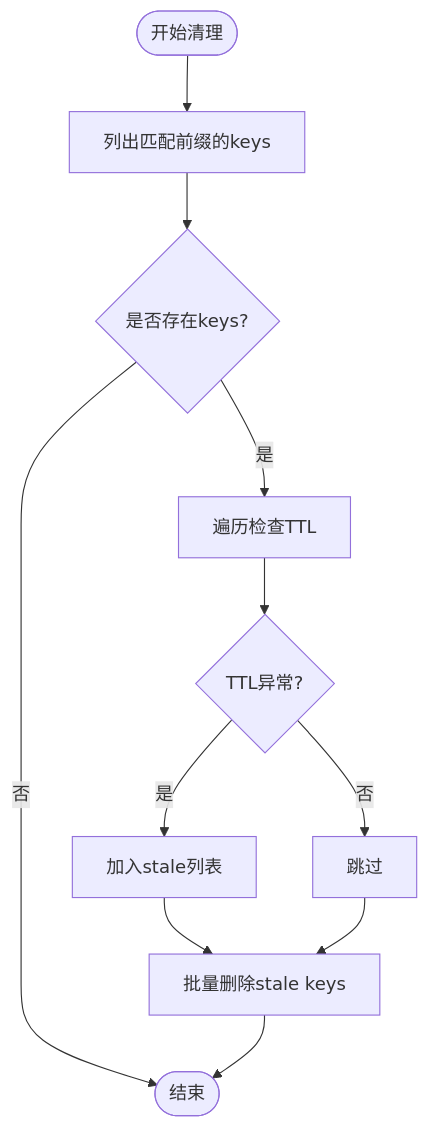
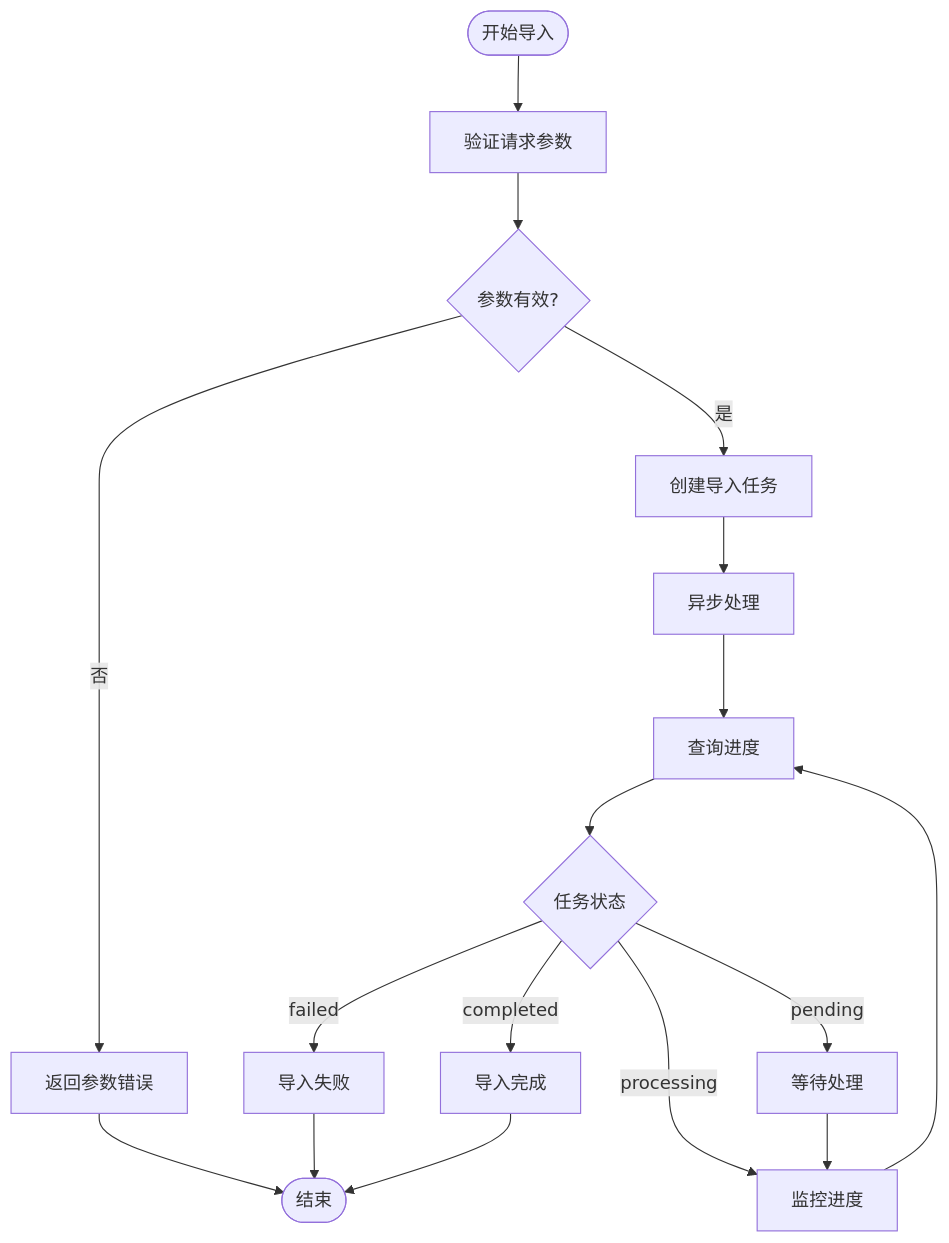
One commit to shiyukonghui/WeKnora changed the first of 2 diagrams in .qoder/repowiki/zh/content/故障排除与FAQ.md. Above: the diagram before and after it, drawn with Mermaid. The commit also changed other lines of this file and 2 other files, not shown here.

````diff
--- a/.qoder/repowiki/zh/content/故障排除与FAQ.md
+++ b/.qoder/repowiki/zh/content/故障排除与FAQ.md
@@ -265,13 +63,19 @@
 ```mermaid
 flowchart TD
-Start(["开始清理"]) --> ListKeys["列出匹配前缀的keys"]
-ListKeys --> Any{"是否存在keys?"}
-Any --> |否| Done(["结束"])
-Any --> |是| TTL["遍历检查TTL"]
-TTL --> Mark{"TTL异常?"}
-Mark --> |是| Stale["加入stale列表"]
-Mark --> |否| Skip["跳过"]
-Stale --> Delete["批量删除stale keys"]
-Skip --> Delete
-Delete --> Done
+Start(["开始导入"]) --> Validate["验证请求参数"]
+Validate --> Valid{"参数有效?"}
+Valid --> |否| Error1["返回参数错误"]
+Valid --> |是| CreateTask["创建导入任务"]
+CreateTask --> Async["异步处理"]
+Async --> Progress["查询进度"]
+Progress --> Status{"任务状态"}
+Status --> |pending| Wait["等待处理"]
+Status --> |processing| Monitor["监控进度"]
+Status --> |completed| Success["导入完成"]
+Status --> |failed| Error2["导入失败"]
+Wait --> Monitor
+Monitor --> Progress
+Error1 --> End(["结束"])
+Error2 --> End
+Success --> End
 ```
````
